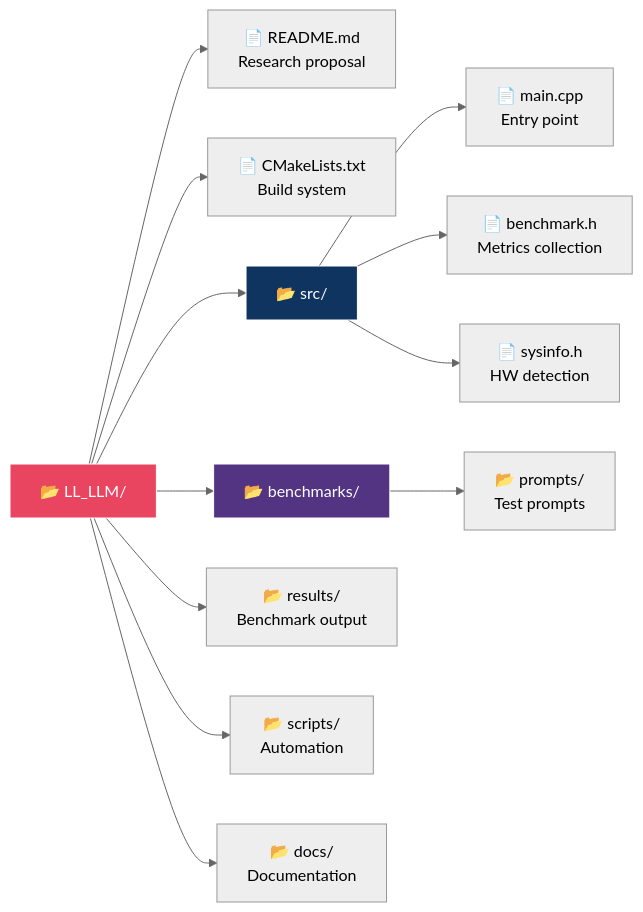
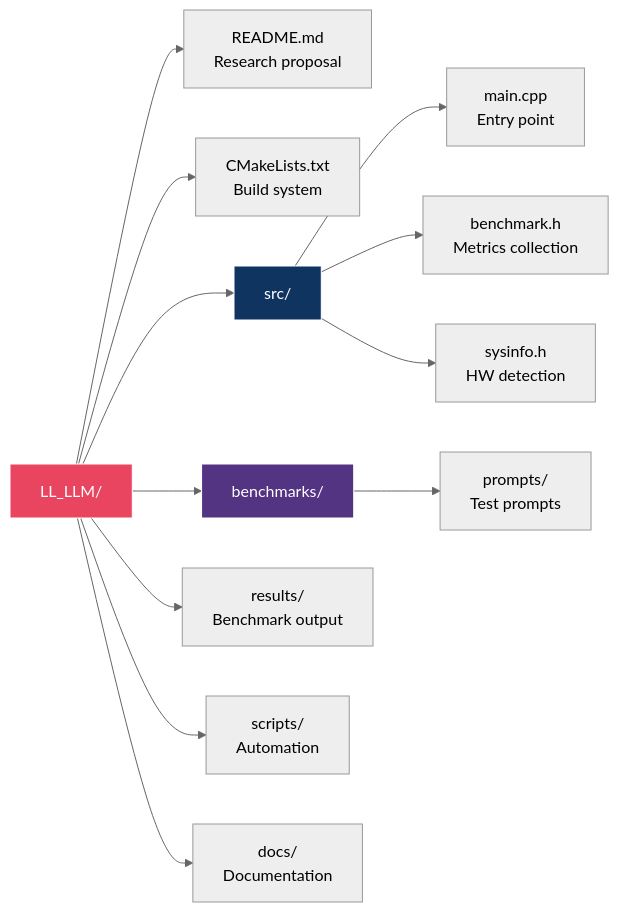
One commit to ch09/Low_Latency_Inference_optimization_LLM-LL_LLM- changed the sixth of 25 diagrams in docs/project_documentation.md. Above: the diagram before and after it, drawn with Mermaid (neutral theme). The commit also changed other lines of this file and 1 other file, not shown here.

Commit message:
clean documentation

````diff
--- a/docs/project_documentation.md
+++ b/docs/project_documentation.md
@@ -227,34 +227,34 @@
 ```mermaid
 flowchart LR
-    ROOT["📂 LL_LLM/"]
-    README["📄 README.md\nResearch proposal"]
-    CMAKE["📄 CMakeLists.txt\nBuild system"]
+    ROOT["LL_LLM/"]
+    README["README.md\nResearch proposal"]
+    CMAKE["CMakeLists.txt\nBuild system"]
 
-    SRC["📂 src/"]
-    MAIN["📄 main.cpp\nEntry point"]
-    BENCH_CPP["📄 benchmark.h\nMetrics collection"]
-    SYSINFO["📄 sysinfo.h\nHW detection"]
+    SRC["src/"]
+    MAIN["main.cpp\nEntry point"]
+    BENCH_CPP["benchmark.h\nMetrics collection"]
+    SYSINFO["sysinfo.h\nHW detection"]
 
-    BENCHDIR["📂 benchmarks/"]
-    PROMPTS["📂 prompts/\nTest prompts"]
+    BENCHDIR["benchmarks/"]
+    PROMPTS["prompts/\nTest prompts"]
 
-    RESULTS_DIR["📂 results/\nBenchmark output"]
-    SCRIPTS["📂 scripts/\nAutomation"]
-    DOCS["📂 docs/\nDocumentation"]
+    RESULTS_DIR["results/\nBenchmark output"]
+    SCRIPTS["scripts/\nAutomation"]
+    DOCS["docs/\nDocumentation"]
 
     ROOT --> README
     ROOT --> CMAKE
     ROOT --> SRC
     ROOT --> BENCHDIR
     ROOT --> RESULTS_DIR
     ROOT --> SCRIPTS
     ROOT --> DOCS
     SRC --> MAIN
     SRC --> BENCH_CPP
     SRC --> SYSINFO
     BENCHDIR --> PROMPTS
 
     style ROOT fill:#e94560,stroke:#fff,color:#fff
     style SRC fill:#0f3460,stroke:#fff,color:#fff
     style BENCHDIR fill:#533483,stroke:#fff,color:#fff
 ```
````
